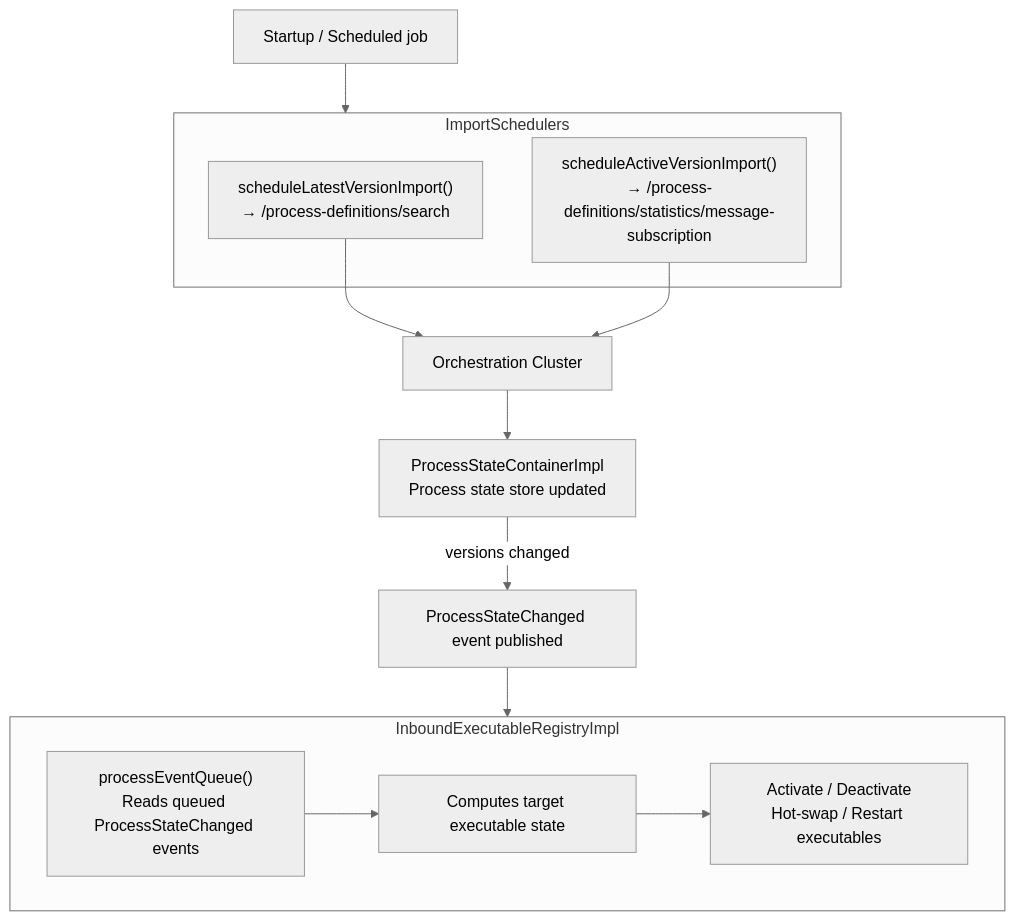
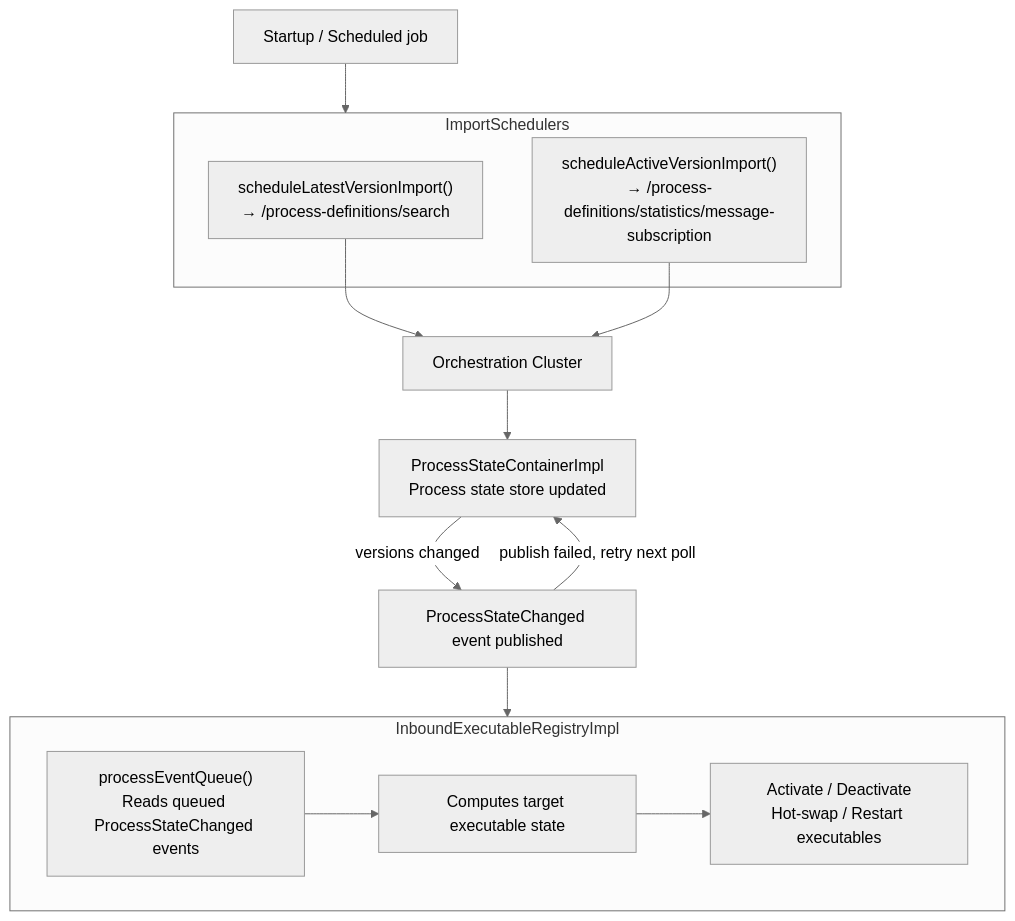
One commit to camunda/connectors changed the first of 2 diagrams in connector-runtime/connector-runtime-spring/src/main/java/io/camunda/connector/runtime/inbound/README.md. Above: the diagram before and after it, drawn with Mermaid (neutral theme). The commit also changed other lines of this file and 7 other files, not shown here.

````diff
--- a/connector-runtime/connector-runtime-spring/src/main/java/io/camunda/connector/runtime/inbound/README.md
+++ b/connector-runtime/connector-runtime-spring/src/main/java/io/camunda/connector/runtime/inbound/README.md
@@ -94,25 +103,26 @@
 ```mermaid
 flowchart TD
     T["Startup / Scheduled job"]
 
     subgraph importSchedulers ["ImportSchedulers"]
         S1["scheduleLatestVersionImport()\n→ /process-definitions/search"]
         S2["scheduleActiveVersionImport()\n→ /process-definitions/statistics/message-subscription"]
     end
 
     OC["Orchestration Cluster"]
 
     PS["ProcessStateContainerImpl\nProcess state store updated"]
     EV["ProcessStateChanged event published"]
 
     subgraph registry ["InboundExecutableRegistryImpl"]
         Q["processEventQueue()\nReads queued ProcessStateChanged events"]
         R["Computes target executable state"]
         ACT["Activate / Deactivate\nHot-swap / Restart executables"]
         Q --> R --> ACT
     end
 
     T --> importSchedulers
     S1 & S2 --> OC --> PS
     PS -->|versions changed| EV --> registry
+    EV -->|publish failed, retry next poll| PS
 ```
````
